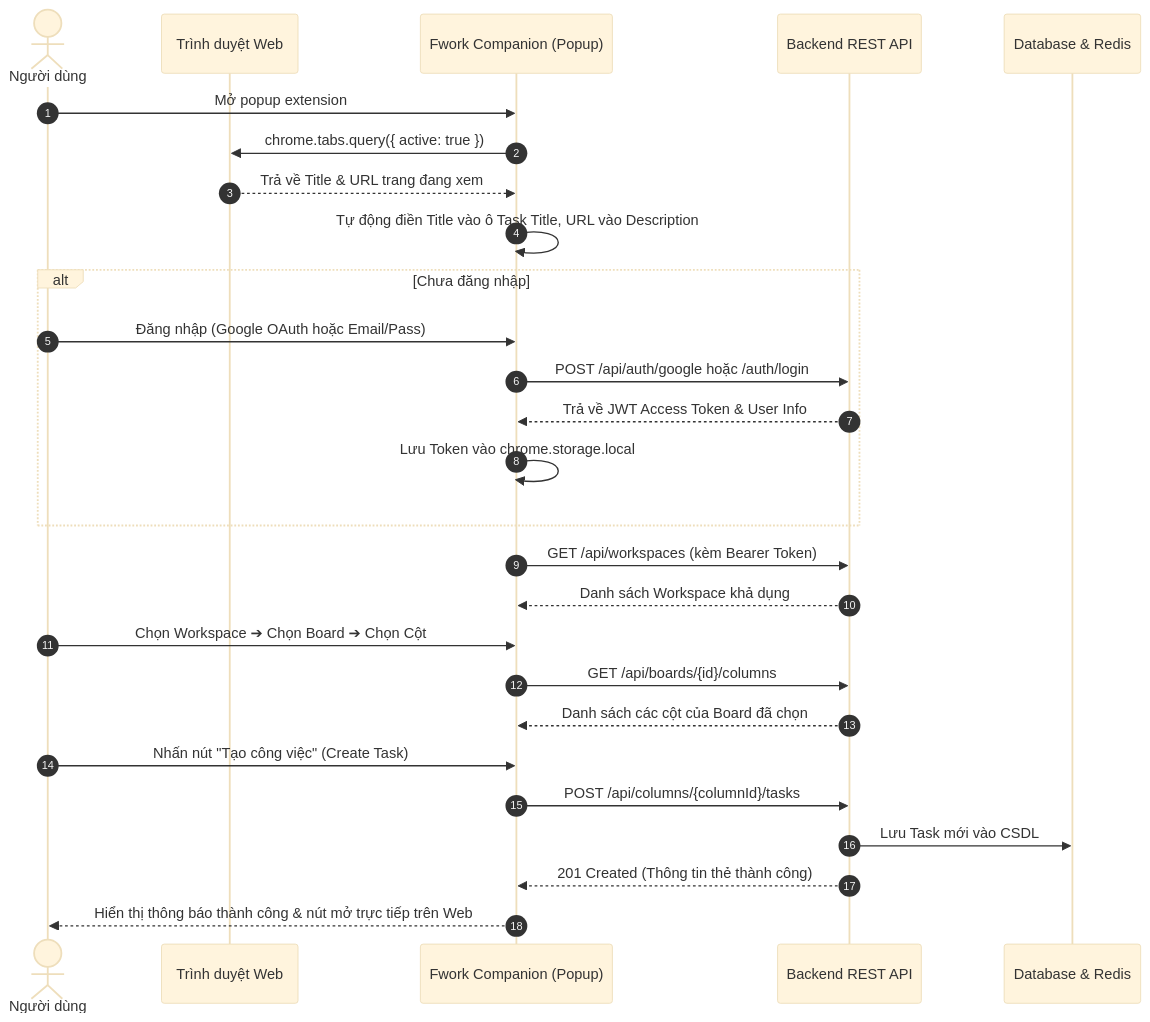
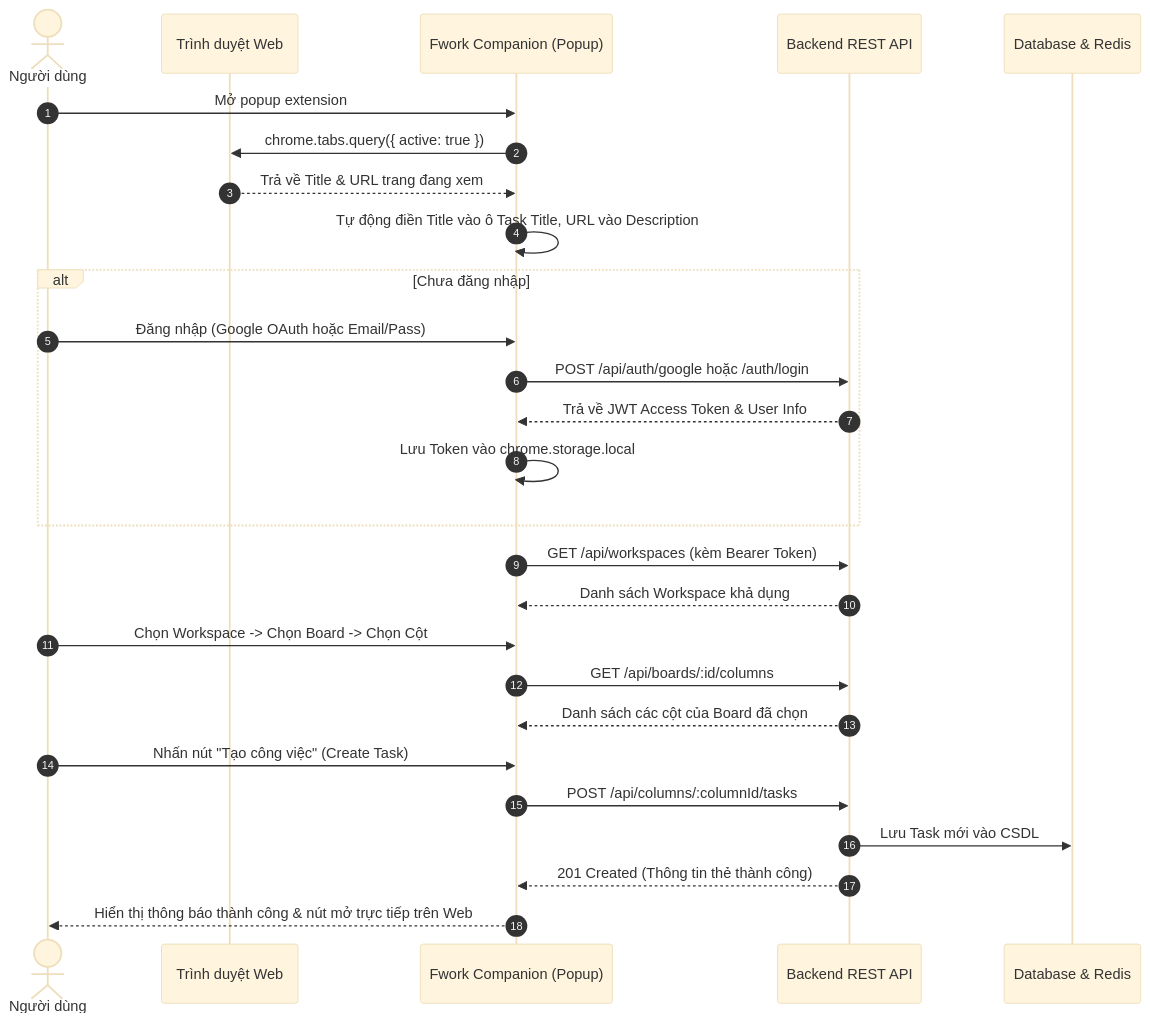
Before and after one commit to Eddy-hoang/Fwork: the third of 3 diagrams in README.md, drawn with Mermaid (base theme). The commit also changed other lines of this file, not shown here.

Commit message:
update readme Activity Flow

````diff
--- a/README.md
+++ b/README.md
@@ -321,33 +321,33 @@
 ```mermaid
 sequenceDiagram
     autonumber
     actor User as Người dùng
     participant Chrome as Trình duyệt Web
     participant Ext as Fwork Companion (Popup)
     participant API as Backend REST API
     participant DB as Database & Redis
 
     User->>Ext: Mở popup extension
     Ext->>Chrome: chrome.tabs.query({ active: true })
     Chrome-->>Ext: Trả về Title & URL trang đang xem
     Ext->>Ext: Tự động điền Title vào ô Task Title, URL vào Description
 
     alt Chưa đăng nhập
         User->>Ext: Đăng nhập (Google OAuth hoặc Email/Pass)
         Ext->>API: POST /api/auth/google hoặc /auth/login
         API-->>Ext: Trả về JWT Access Token & User Info
         Ext->>Ext: Lưu Token vào chrome.storage.local
     end
 
     Ext->>API: GET /api/workspaces (kèm Bearer Token)
     API-->>Ext: Danh sách Workspace khả dụng
-    User->>Ext: Chọn Workspace ➔ Chọn Board ➔ Chọn Cột
-    Ext->>API: GET /api/boards/{id}/columns
+    User->>Ext: Chọn Workspace -> Chọn Board -> Chọn Cột
+    Ext->>API: GET /api/boards/:id/columns
     API-->>Ext: Danh sách các cột của Board đã chọn
 
     User->>Ext: Nhấn nút "Tạo công việc" (Create Task)
-    Ext->>API: POST /api/columns/{columnId}/tasks
+    Ext->>API: POST /api/columns/:columnId/tasks
     API->>DB: Lưu Task mới vào CSDL
     API-->>Ext: 201 Created (Thông tin thẻ thành công)
     Ext-->>User: Hiển thị thông báo thành công & nút mở trực tiếp trên Web
 ```
````
